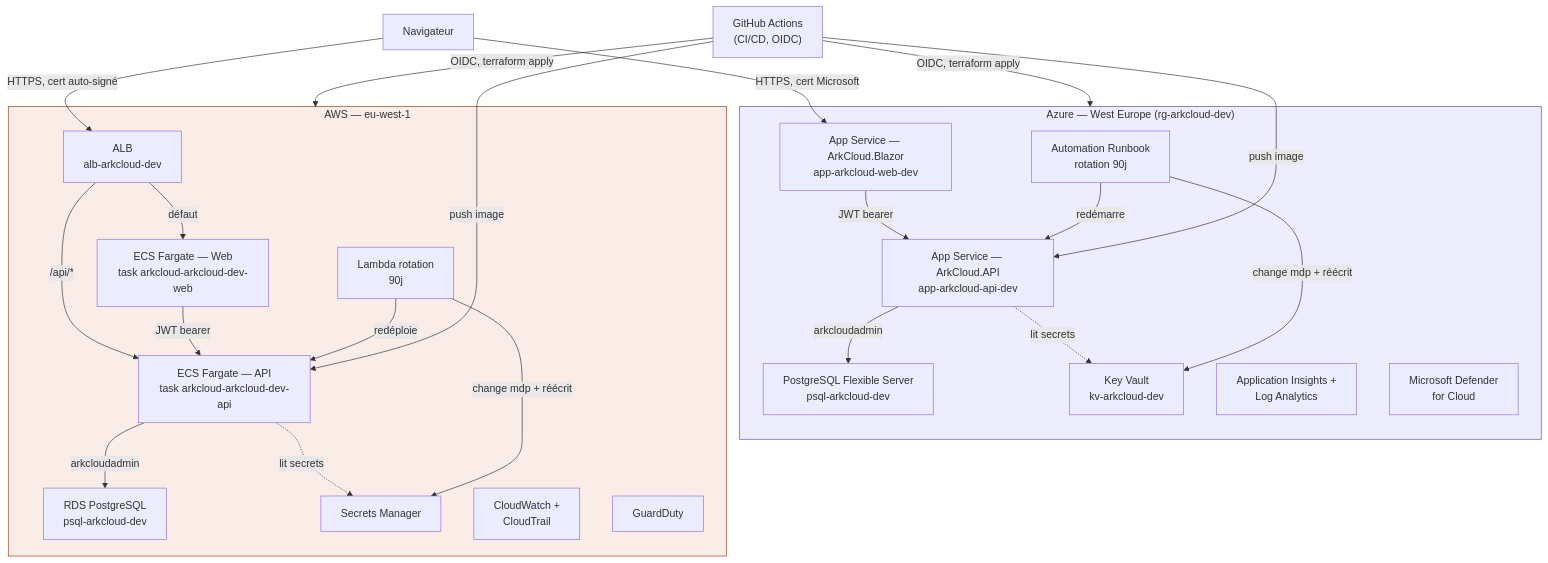
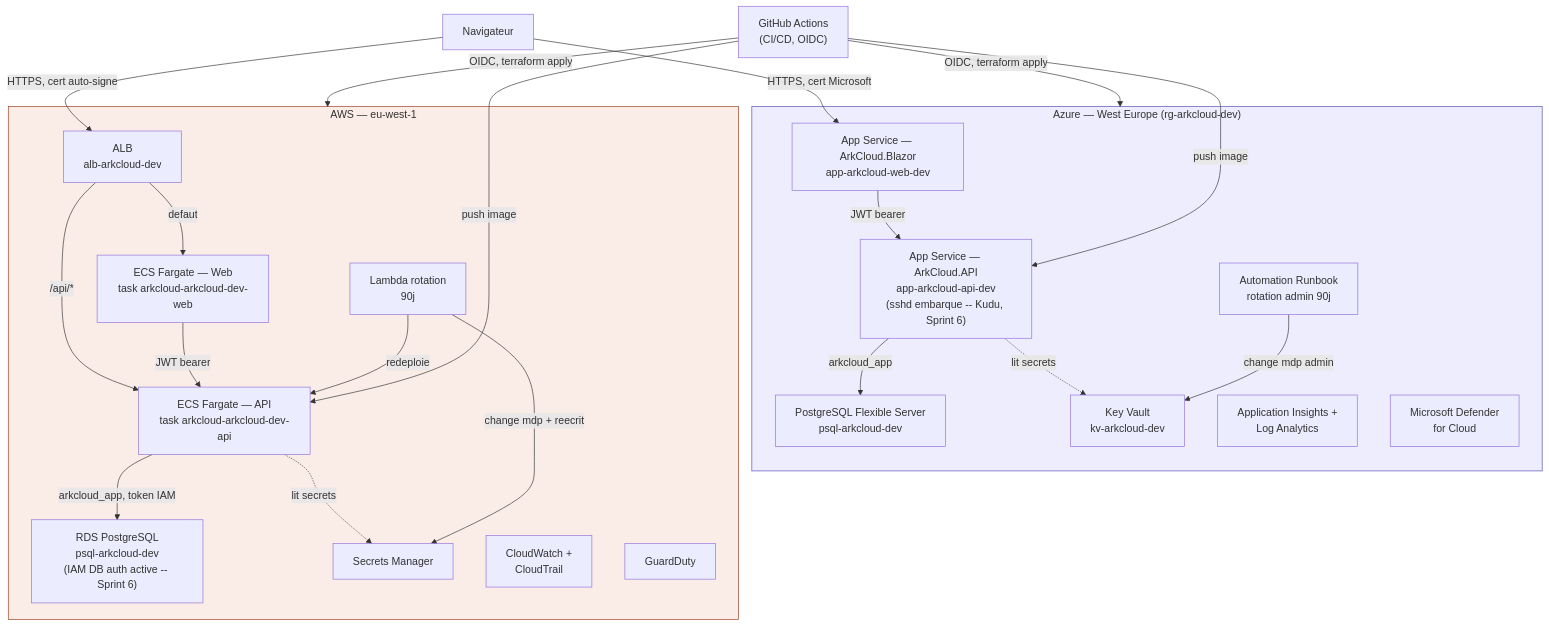
Before and after one commit to epiph11/ArkCloudApp: the diagram in docs/architecture-arkcloud.md, drawn with Mermaid. The commit also changed other lines of this file and 5 other files, not shown here.

Commit message:
docs: cloture documentaire Sprint 6 (architecture, roadmap, etat des lieux, ADR)

````diff
--- a/docs/architecture-arkcloud.md
+++ b/docs/architecture-arkcloud.md
@@ -60,49 +39,48 @@
 ```mermaid
 graph TB
     Browser["Navigateur"]
 
     subgraph AzureCloud["Azure — West Europe (rg-arkcloud-dev)"]
         AzWeb["App Service — ArkCloud.Blazor<br/>app-arkcloud-web-dev"]
-        AzApi["App Service — ArkCloud.API<br/>app-arkcloud-api-dev"]
+        AzApi["App Service — ArkCloud.API<br/>app-arkcloud-api-dev<br/>(sshd embarque -- Kudu, Sprint 6)"]
         AzDb["PostgreSQL Flexible Server<br/>psql-arkcloud-dev"]
         AzKv["Key Vault<br/>kv-arkcloud-dev"]
         AzMon["Application Insights +<br/>Log Analytics"]
-        AzRot["Automation Runbook<br/>rotation 90j"]
+        AzRot["Automation Runbook<br/>rotation admin 90j"]
         AzDef["Microsoft Defender<br/>for Cloud"]
     end
 
     subgraph AwsCloud["AWS — eu-west-1"]
         AwsAlb["ALB<br/>alb-arkcloud-dev"]
         AwsEcsApi["ECS Fargate — API<br/>task arkcloud-arkcloud-dev-api"]
         AwsEcsWeb["ECS Fargate — Web<br/>task arkcloud-arkcloud-dev-web"]
-        AwsDb["RDS PostgreSQL<br/>psql-arkcloud-dev"]
+        AwsDb["RDS PostgreSQL<br/>psql-arkcloud-dev<br/>(IAM DB auth active -- Sprint 6)"]
         AwsSm["Secrets Manager"]
         AwsCw["CloudWatch +<br/>CloudTrail"]
         AwsRot["Lambda rotation<br/>90j"]
         AwsGd["GuardDuty"]
     end
 
     GHA["GitHub Actions<br/>(CI/CD, OIDC)"]
 
     Browser -->|HTTPS, cert Microsoft| AzWeb
-    Browser -->|HTTPS, cert auto-signé| AwsAlb
+    Browser -->|HTTPS, cert auto-signe| AwsAlb
     AzWeb -->|JWT bearer| AzApi
     AwsAlb -->|/api/*| AwsEcsApi
-    AwsAlb -->|défaut| AwsEcsWeb
+    AwsAlb -->|defaut| AwsEcsWeb
     AwsEcsWeb -->|JWT bearer| AwsEcsApi
-    AzApi -->|arkcloudadmin| AzDb
-    AwsEcsApi -->|arkcloudadmin| AwsDb
+    AzApi -->|arkcloud_app| AzDb
+    AwsEcsApi -->|arkcloud_app, token IAM| AwsDb
     AzApi -.->|lit secrets| AzKv
     AwsEcsApi -.->|lit secrets| AwsSm
-    AzRot -->|change mdp + réécrit| AzKv
-    AzRot -->|redémarre| AzApi
-    AwsRot -->|change mdp + réécrit| AwsSm
-    AwsRot -->|redéploie| AwsEcsApi
+    AzRot -->|change mdp admin| AzKv
+    AwsRot -->|change mdp + reecrit| AwsSm
+    AwsRot -->|redeploie| AwsEcsApi
     GHA -->|OIDC, terraform apply| AzureCloud
     GHA -->|OIDC, terraform apply| AwsCloud
     GHA -->|push image| AwsEcsApi
     GHA -->|push image| AzApi
 
     style AzureCloud fill:#EEEDFE,stroke:#534AB7
     style AwsCloud fill:#FAECE7,stroke:#993C1D
 ```
````
